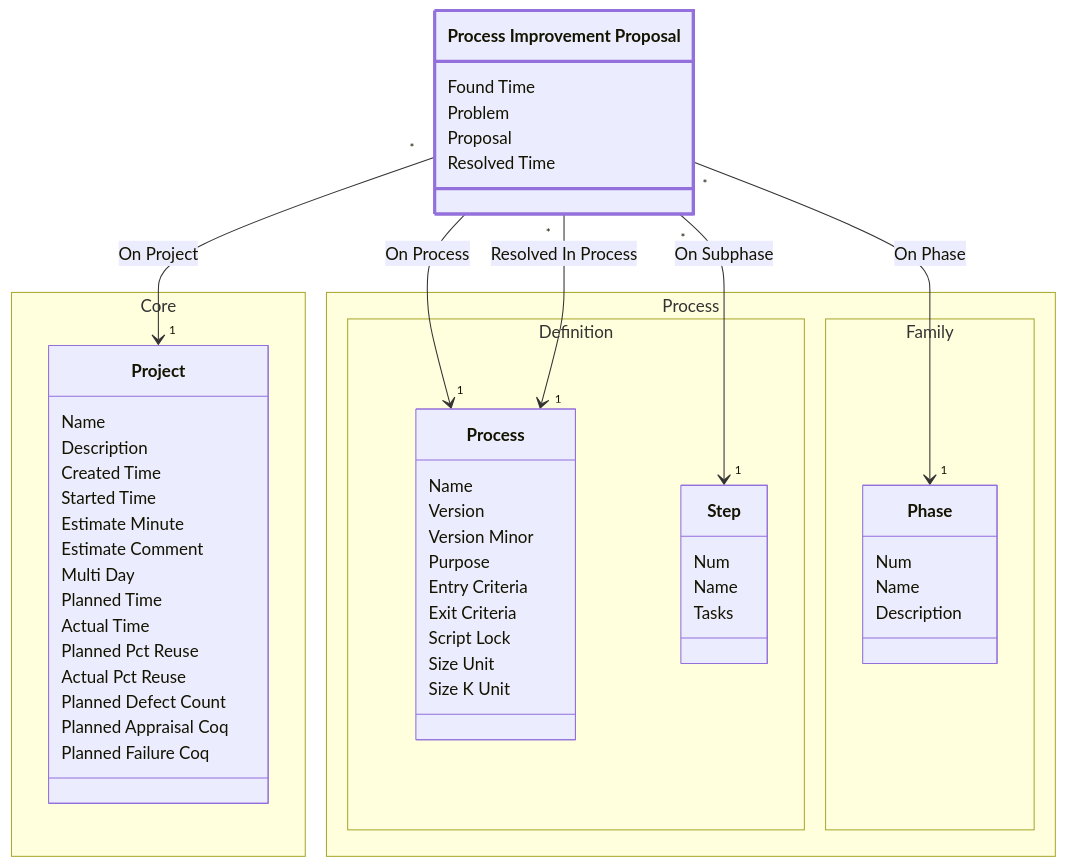
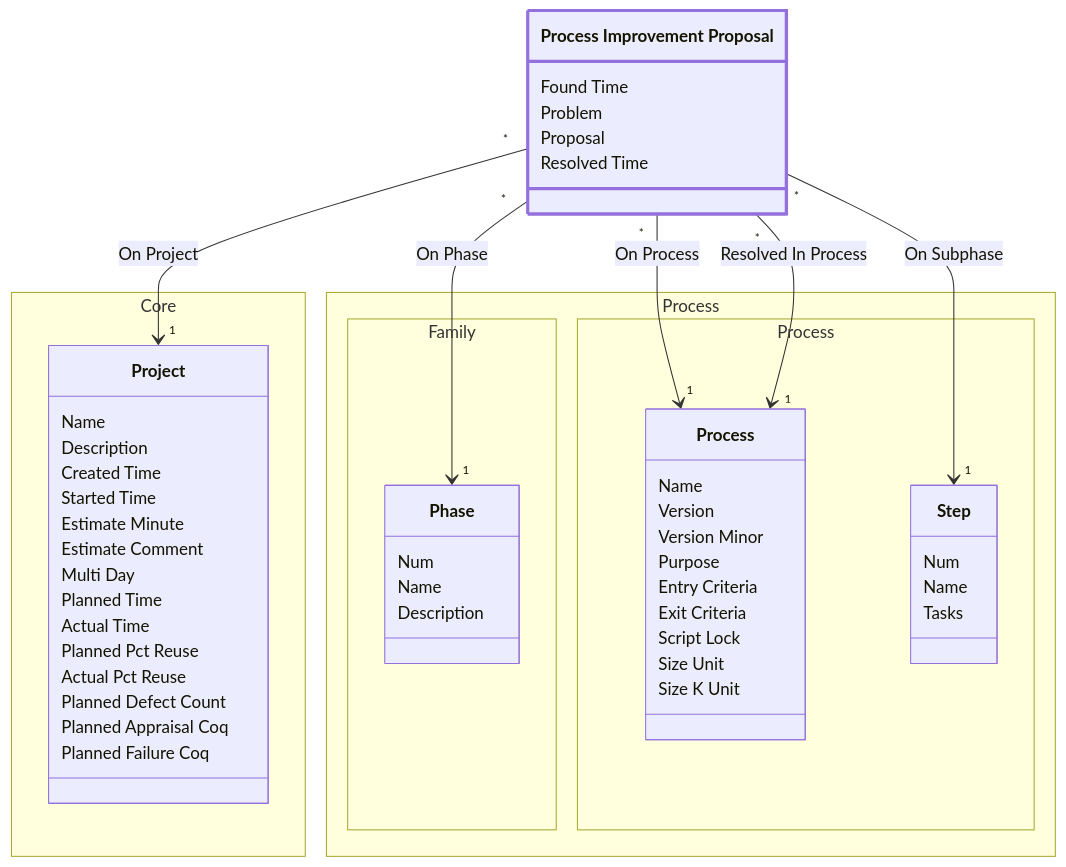
The diagram in examples/requirements/req/output/development/class-domain.project.subdomain.quality.class.pip.md (glemzurg/glemzurg), drawn with Mermaid before and after one commit. The commit also changed other lines of this file and 103 other files, not shown here.

````diff
--- a/examples/requirements/req/output/development/class-domain.project.subdomain.quality.class.pip.md
+++ b/examples/requirements/req/output/development/class-domain.project.subdomain.quality.class.pip.md
@@ -26,64 +26,64 @@
 ```mermaid
 ---
 config:
   class:
     hideEmptyMembersBox: true
 ---
 classDiagram
 class class_domain_project_subdomain_quality_class_pip["Process Improvement Proposal"] {
         Found Time
         Problem
         Proposal
         Resolved Time
     }
 namespace Core {
 class class_domain_project_subdomain_core_class_project["Project"] {
             Name
             Description
             Created Time
             Started Time
             Estimate Minute
             Estimate Comment
             Multi Day
             Planned Time
             Actual Time
             Planned Pct Reuse
             Actual Pct Reuse
             Planned Defect Count
             Planned Appraisal Coq
             Planned Failure Coq
         }
 }
-namespace Process.Definition {
-class class_domain_process_subdomain_definition_class_process["Process"] {
+namespace Process.Family {
+class class_domain_process_subdomain_family_class_phase["Phase"] {
+            Num
+            Name
+            Description
+        }
+}
+namespace Process.Process {
+class class_domain_process_subdomain_process_class_process["Process"] {
             Name
             Version
             Version Minor
             Purpose
             Entry Criteria
             Exit Criteria
             Script Lock
             Size Unit
             Size K Unit
         }
-class class_domain_process_subdomain_definition_class_step["Step"] {
+class class_domain_process_subdomain_process_class_step["Step"] {
             Num
             Name
             Tasks
         }
 }
-namespace Process.Family {
-class class_domain_process_subdomain_family_class_phase["Phase"] {
-            Num
-            Name
-            Description
-        }
-}
 style class_domain_project_subdomain_quality_class_pip stroke:#9370DB,stroke-width:3px
-class_domain_project_subdomain_quality_class_pip "*" --> "1" class_domain_process_subdomain_definition_class_process : On Process
-class_domain_project_subdomain_quality_class_pip "*" --> "1" class_domain_process_subdomain_definition_class_process : Resolved In Process
-class_domain_project_subdomain_quality_class_pip "*" --> "1" class_domain_process_subdomain_definition_class_step : On Subphase
 class_domain_project_subdomain_quality_class_pip "*" --> "1" class_domain_process_subdomain_family_class_phase : On Phase
+class_domain_project_subdomain_quality_class_pip "*" --> "1" class_domain_process_subdomain_process_class_process : On Process
+class_domain_project_subdomain_quality_class_pip "*" --> "1" class_domain_process_subdomain_process_class_process : Resolved In Process
+class_domain_project_subdomain_quality_class_pip "*" --> "1" class_domain_process_subdomain_process_class_step : On Subphase
 class_domain_project_subdomain_quality_class_pip "*" --> "1" class_domain_project_subdomain_core_class_project : On Project
 
 ```
````
